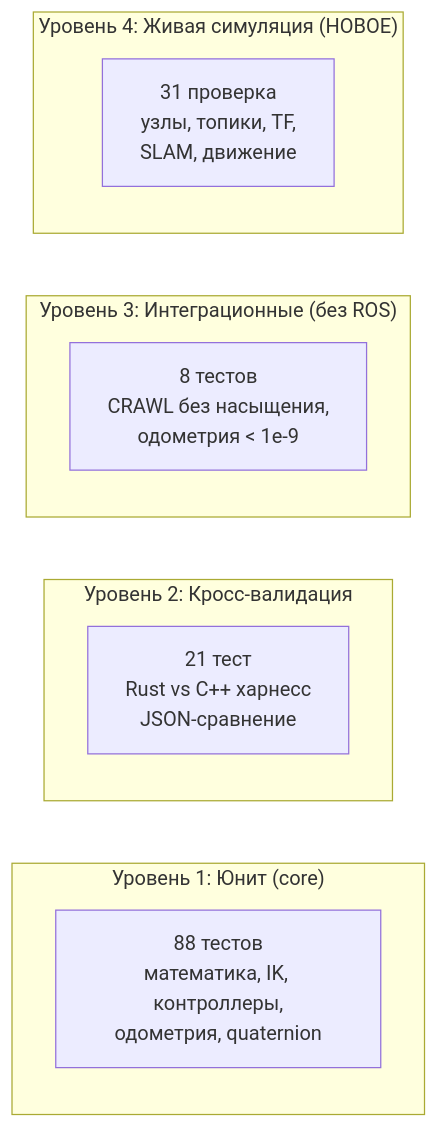
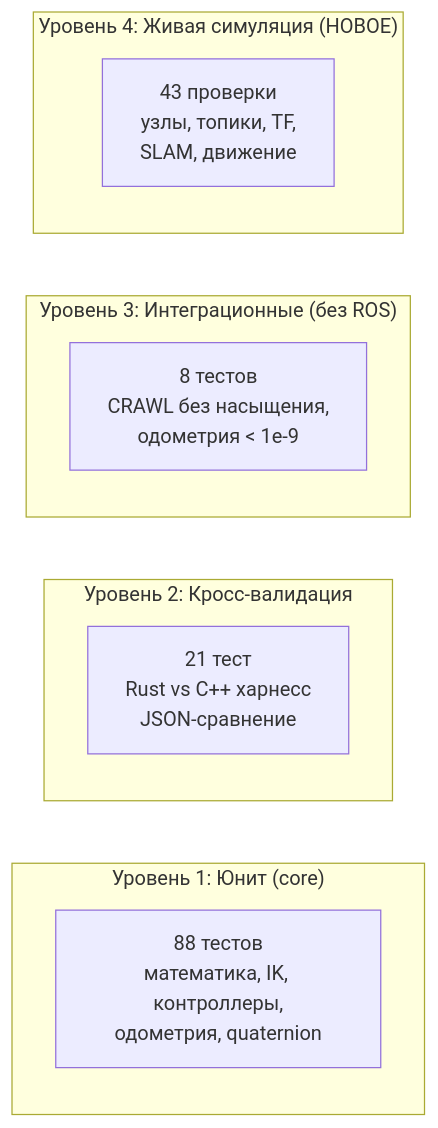
One commit to RedAlexDad/WalkingRobotSim changed the first of 4 diagrams in reports/testing/2026-08-22_integration-testing-report.md. Above: the diagram before and after it, drawn with Mermaid. The commit also changed other lines of this file and 1 other file, not shown here.

````diff
--- a/reports/testing/2026-08-22_integration-testing-report.md
+++ b/reports/testing/2026-08-22_integration-testing-report.md
@@ -65,15 +65,15 @@
 ```mermaid
 graph LR
     subgraph "Уровень 1: Юнит (core)"
         U1[88 тестов<br>математика, IK, контроллеры,<br>одометрия, quaternion]
     end
     subgraph "Уровень 2: Кросс-валидация"
         U2[21 тест<br>Rust vs C++ харнесс<br>JSON-сравнение]
     end
     subgraph "Уровень 3: Интеграционные (без ROS)"
         U3[8 тестов<br>CRAWL без насыщения,<br>одометрия < 1e-9]
     end
     subgraph "Уровень 4: Живая симуляция (НОВОЕ)"
-        U4[31 проверка<br>узлы, топики, TF,<br>SLAM, движение]
+        U4[43 проверки<br>узлы, топики, TF,<br>SLAM, движение]
     end
 ```
````
